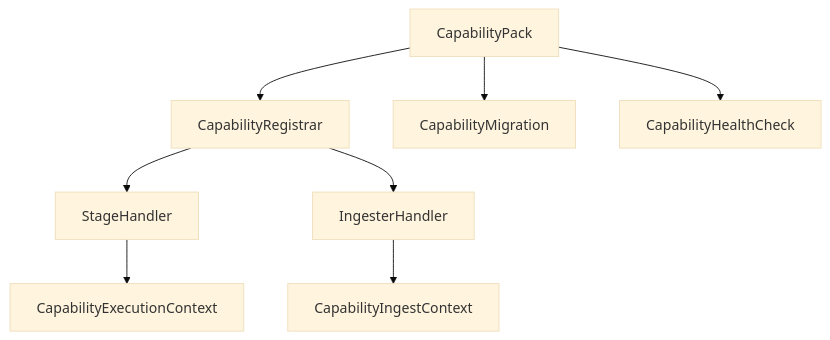
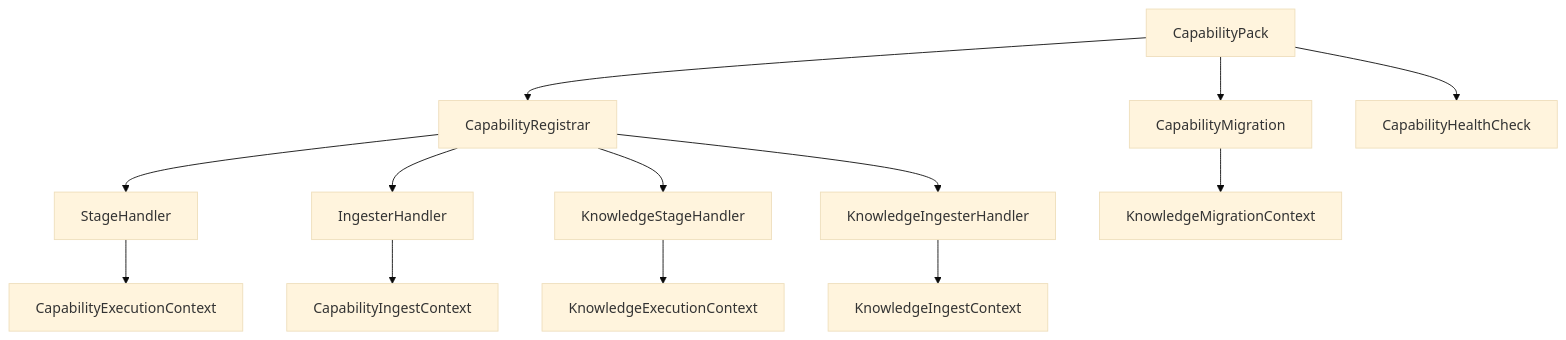
One commit to bitloops/bitloops changed the diagram in docs/layered-extension-architecture-capability-packs.md. Above: the diagram before and after it, drawn with Mermaid (base theme). The commit also changed other lines of this file and 2 other files, not shown here.

````diff
--- a/docs/layered-extension-architecture-capability-packs.md
+++ b/docs/layered-extension-architecture-capability-packs.md
@@ -20,19 +20,29 @@
 ```mermaid
 flowchart TD
     PACK["CapabilityPack"]
     REG["CapabilityRegistrar"]
-    STAGE["StageHandler"]
-    INGEST["IngesterHandler"]
+    CORESTAGE["StageHandler"]
+    COREINGEST["IngesterHandler"]
+    KSTAGE["KnowledgeStageHandler"]
+    KINGEST["KnowledgeIngesterHandler"]
     EXECCTX["CapabilityExecutionContext"]
     INGESTCTX["CapabilityIngestContext"]
+    KEXECCTX["KnowledgeExecutionContext"]
+    KINGESTCTX["KnowledgeIngestContext"]
     MIG["CapabilityMigration"]
+    KMIG["KnowledgeMigrationContext"]
     HEALTH["CapabilityHealthCheck"]
 
     PACK --> REG
-    REG --> STAGE
-    REG --> INGEST
+    REG --> CORESTAGE
+    REG --> COREINGEST
+    REG --> KSTAGE
+    REG --> KINGEST
     PACK --> MIG
     PACK --> HEALTH
-    STAGE --> EXECCTX
-    INGEST --> INGESTCTX
+    CORESTAGE --> EXECCTX
+    COREINGEST --> INGESTCTX
+    KSTAGE --> KEXECCTX
+    KINGEST --> KINGESTCTX
+    MIG --> KMIG
 ```
````
